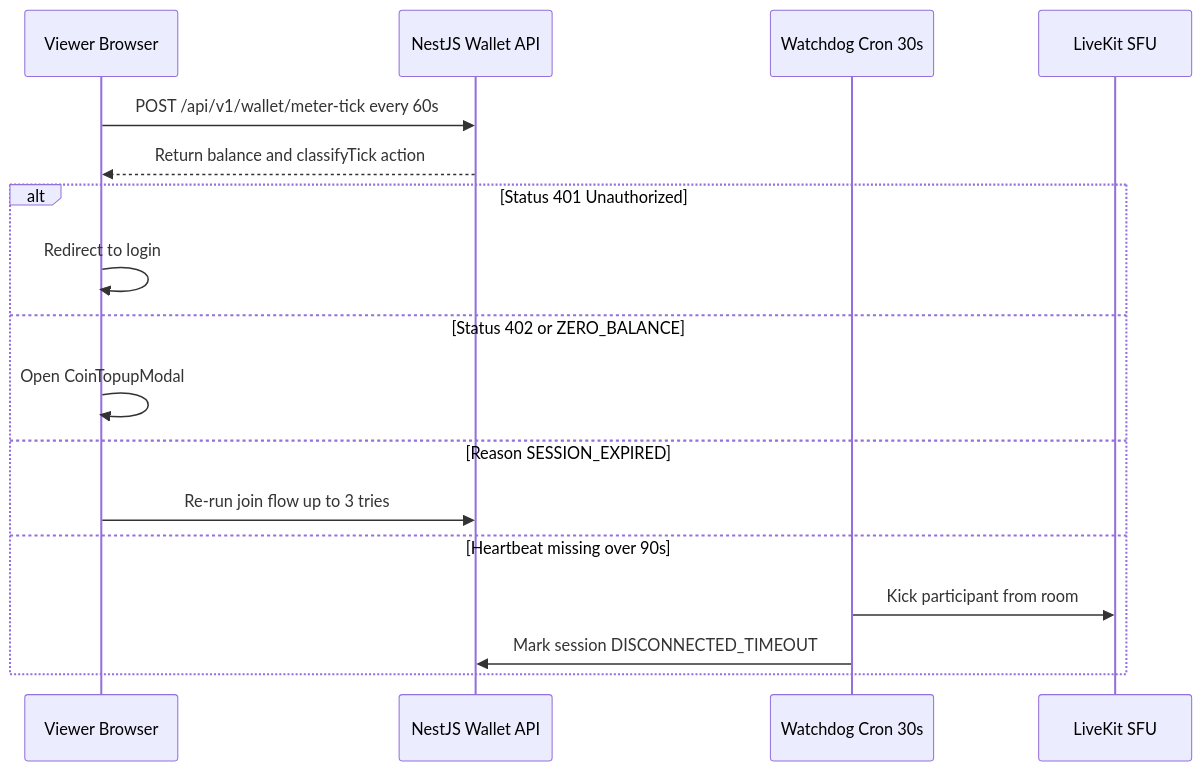
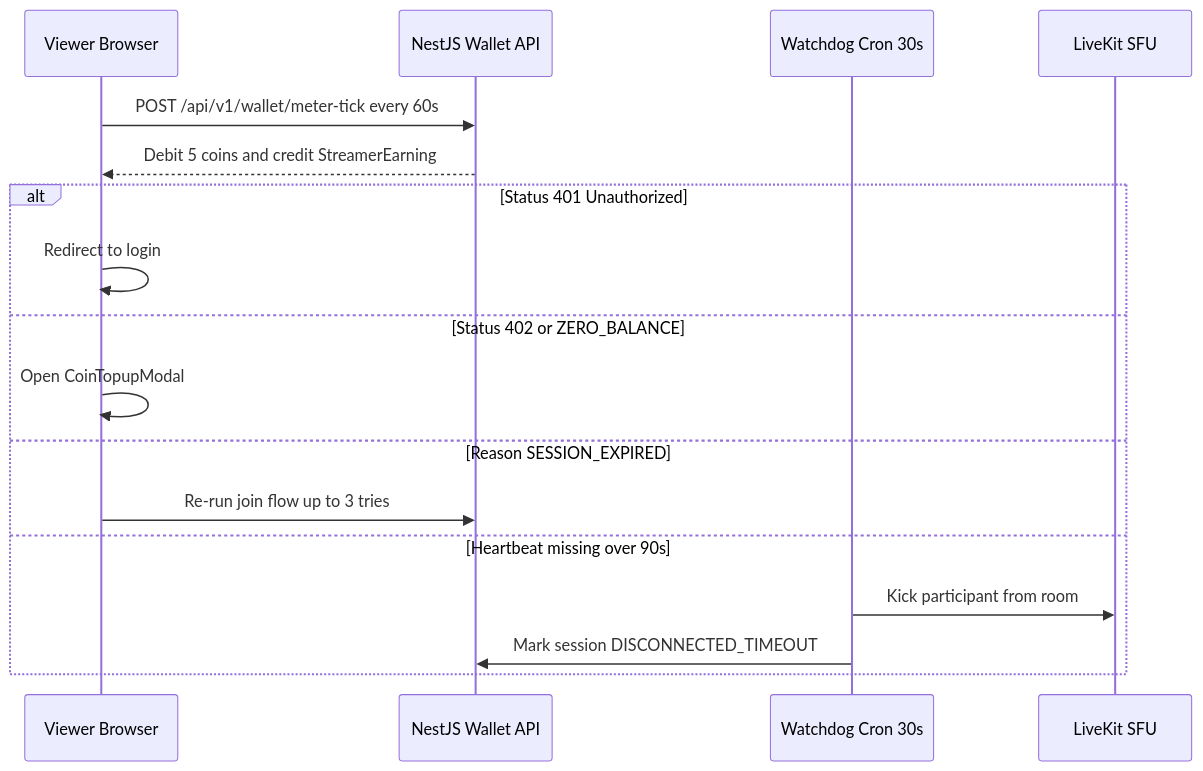
Before and after one commit to AnkitTiwari2005/LIVE-STREAM: the third of 3 diagrams in README.md, drawn with Mermaid. The commit also changed other lines of this file, not shown here.

Commit message:
docs: update README for coin-only economy and streamer earnings

````diff
--- a/README.md
+++ b/README.md
@@ -109,20 +212,20 @@
 ```mermaid
 sequenceDiagram
     participant Viewer as Viewer Browser
     participant API as NestJS Wallet API
     participant Cron as Watchdog Cron 30s
     participant SFU as LiveKit SFU
 
     Viewer->>API: POST /api/v1/wallet/meter-tick every 60s
-    API-->>Viewer: Return balance and classifyTick action
+    API-->>Viewer: Debit 5 coins and credit StreamerEarning
     alt Status 401 Unauthorized
         Viewer->>Viewer: Redirect to login
     else Status 402 or ZERO_BALANCE
         Viewer->>Viewer: Open CoinTopupModal
     else Reason SESSION_EXPIRED
         Viewer->>API: Re-run join flow up to 3 tries
     else Heartbeat missing over 90s
         Cron->>SFU: Kick participant from room
         Cron->>API: Mark session DISCONNECTED_TIMEOUT
     end
 ```
````
